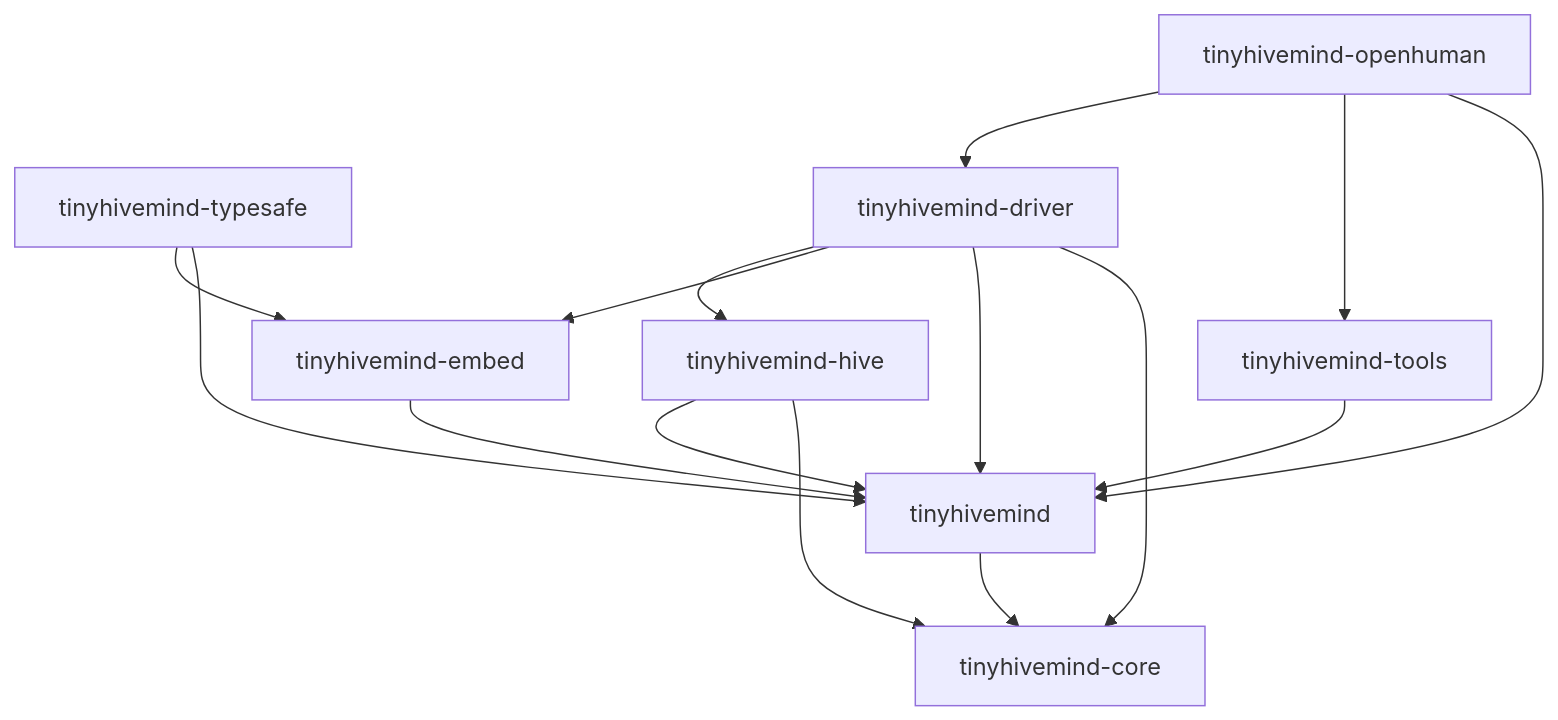
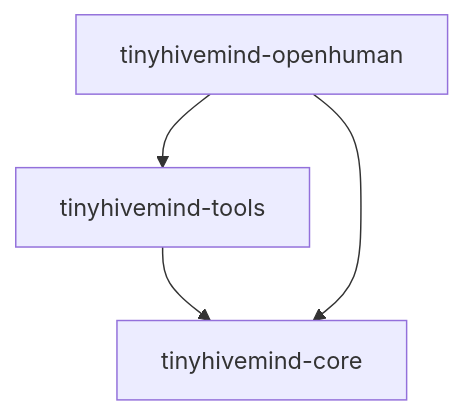
Before and after one commit to Chronillogical-Potato/tinyhivemind: the diagram in docs/crate-dependencies.md, drawn with Mermaid. The commit also changed other lines of this file and 603 other files, not shown here.

````diff
--- a/docs/crate-dependencies.md
+++ b/docs/crate-dependencies.md
@@ -8,17 +6,6 @@
 ```mermaid
 flowchart TD
-    runtime["tinyhivemind"] --> core["tinyhivemind-core"]
-    hive["tinyhivemind-hive"] --> runtime
-    hive --> core
-    embed["tinyhivemind-embed"] --> runtime
-    typesafe["tinyhivemind-typesafe"] --> embed
-    typesafe --> runtime
-    driver["tinyhivemind-driver"] --> hive
-    driver --> embed
-    driver --> runtime
-    driver --> core
-    tools["tinyhivemind-tools"] --> runtime
-    openhuman["tinyhivemind-openhuman"] --> driver
+    tools["tinyhivemind-tools"] --> core["tinyhivemind-core"]
+    openhuman["tinyhivemind-openhuman"] --> core
     openhuman --> tools
-    openhuman --> runtime
 ```
````
